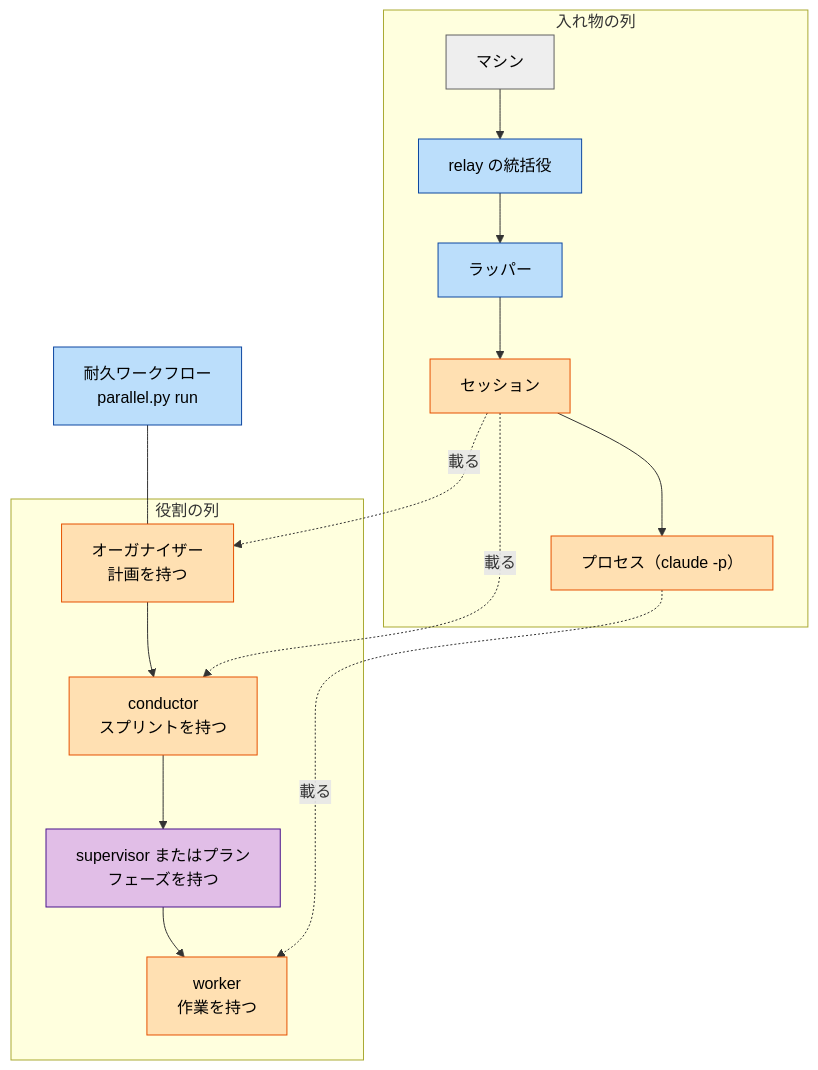
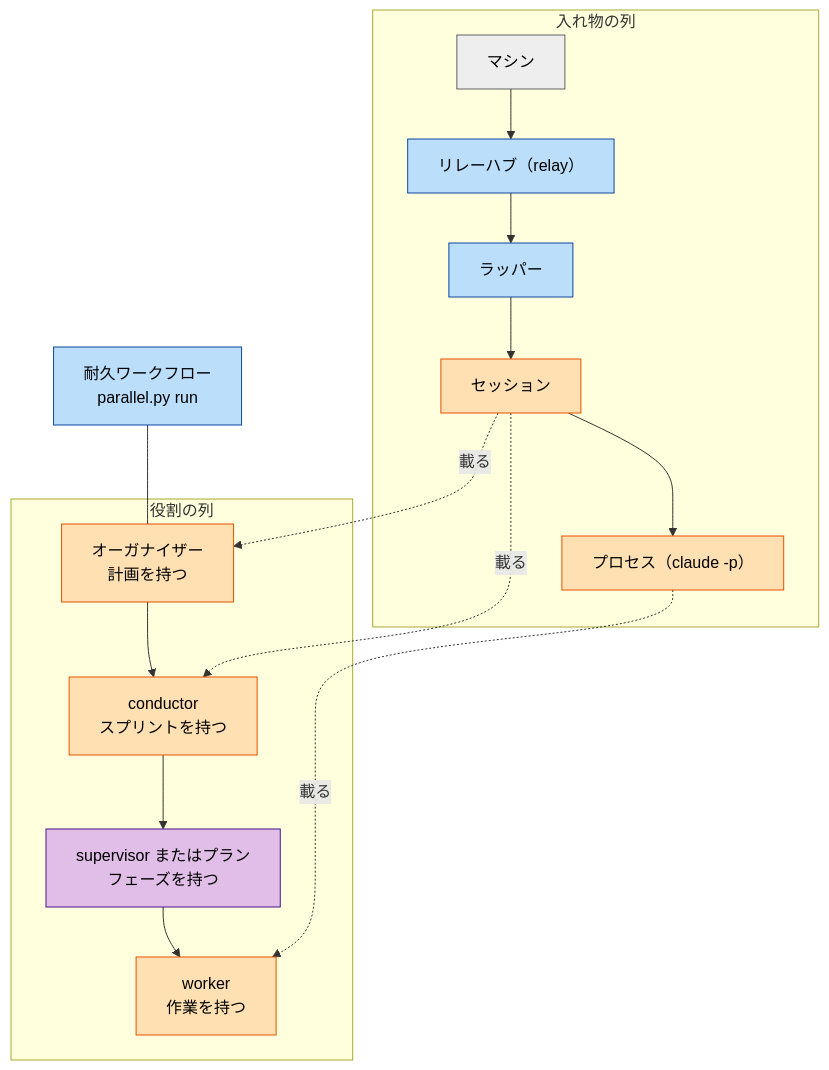
The second of 4 diagrams in docs/ndf-parallel-model.md (devbasex/ai-plugins), drawn with Mermaid before and after one commit. The commit also changed other lines of this file, not shown here.

````diff
--- a/docs/ndf-parallel-model.md
+++ b/docs/ndf-parallel-model.md
@@ -73,21 +73,21 @@
 ```mermaid
 flowchart TB
     subgraph IN["入れ物の列"]
-        M["マシン"] --> HUB["relay の統括役"] --> WR["ラッパー"] --> SE["セッション"] --> PR["プロセス（claude -p）"]
+        M["マシン"] --> HUB["リレーハブ（relay）"] --> WR["ラッパー"] --> SE["セッション"] --> PR["プロセス（claude -p）"]
     end
     subgraph RO["役割の列"]
         OR["オーガナイザー<br/>計画を持つ"] --> CO["conductor<br/>スプリントを持つ"] --> SU["supervisor またはプラン<br/>フェーズを持つ"] --> WO["worker<br/>作業を持つ"]
     end
     SE -.->|"載る"| OR
     SE -.->|"載る"| CO
     PR -.->|"載る"| WO
     DW["耐久ワークフロー<br/>parallel.py run"] --- OR
     classDef ai fill:#ffe0b2,stroke:#e65100,color:#000
     classDef script fill:#bbdefb,stroke:#0d47a1,color:#000
     classDef mixed fill:#e1bee7,stroke:#4a148c,color:#000
     classDef other fill:#eeeeee,stroke:#616161,color:#000
     class SE,PR,OR,CO,WO ai
     class HUB,WR,DW script
     class SU mixed
     class M other
 ```
````
